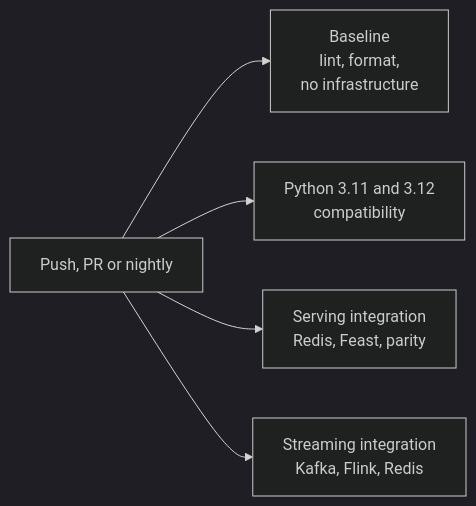
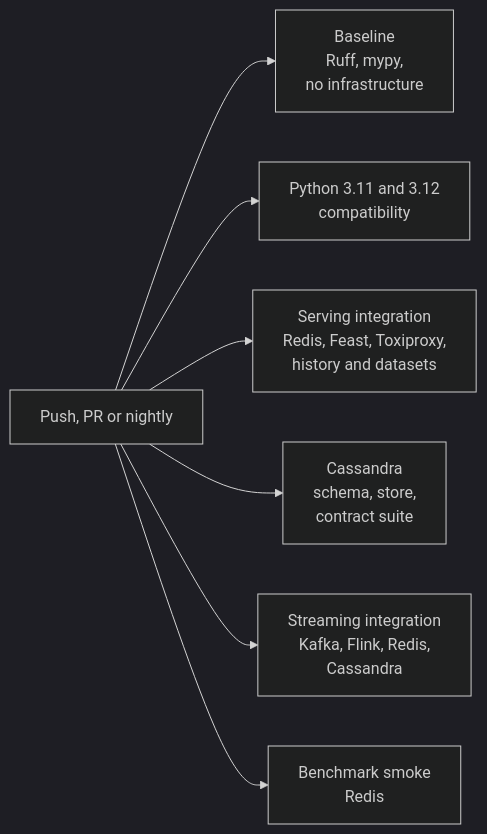
The third of 3 diagrams in CONTRIBUTING.md (oster-dev/featureforge), drawn with Mermaid (dark theme) before and after one commit. The commit also changed other lines of this file and 20 other files, not shown here.

````diff
--- a/CONTRIBUTING.md
+++ b/CONTRIBUTING.md
@@ -296,7 +462,9 @@
 ```mermaid
 flowchart LR
-    PR[Push, PR or nightly] --> B[Baseline<br/>lint, format,<br/>no infrastructure]
+    PR[Push, PR or nightly] --> B[Baseline<br/>Ruff, mypy,<br/>no infrastructure]
     PR --> C[Python 3.11 and 3.12<br/>compatibility]
-    PR --> S[Serving integration<br/>Redis, Feast, parity]
-    PR --> F[Streaming integration<br/>Kafka, Flink, Redis]
+    PR --> S[Serving integration<br/>Redis, Feast, Toxiproxy,<br/>history and datasets]
+    PR --> K[Cassandra<br/>schema, store,<br/>contract suite]
+    PR --> F[Streaming integration<br/>Kafka, Flink, Redis,<br/>Cassandra]
+    PR --> M[Benchmark smoke<br/>Redis]
 ```
````
